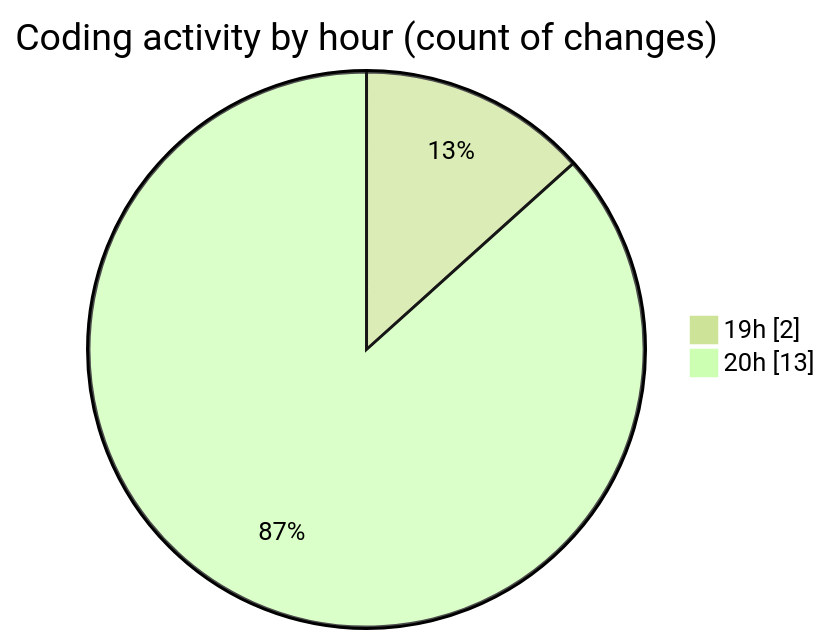
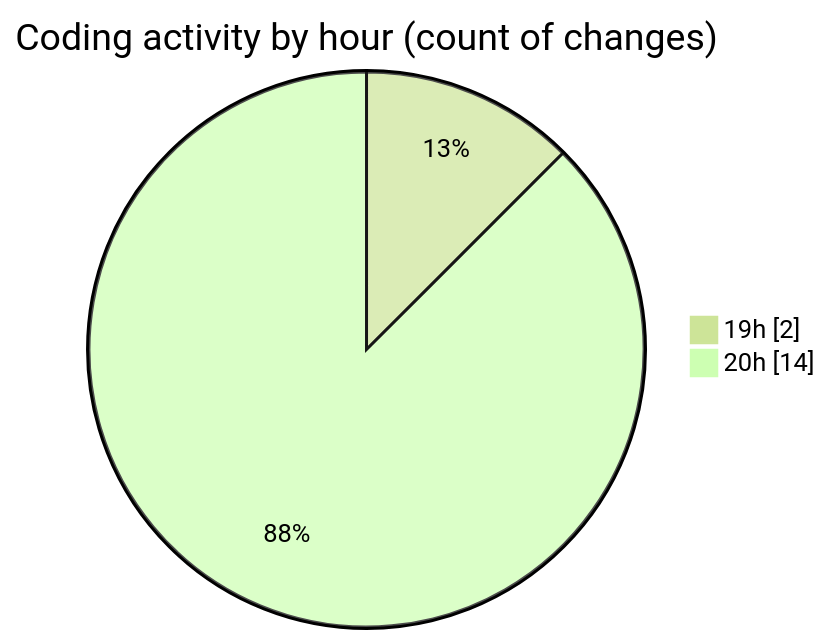
One commit to idhammustaqopulfikri/code-tracking changed the second of 2 diagrams in 2025-04-13/autodidak/README.md. Above: the diagram before and after it, drawn with Mermaid (forest theme). The commit also changed other lines of this file and 1 other file, not shown here.

````diff
--- a/2025-04-13/autodidak/README.md
+++ b/2025-04-13/autodidak/README.md
@@ -31,6 +33,6 @@
 ```mermaid
 pie showData
 title Coding activity by hour (count of changes)
 "19h" : 2
-"20h" : 13
+"20h" : 14
 ```
````
